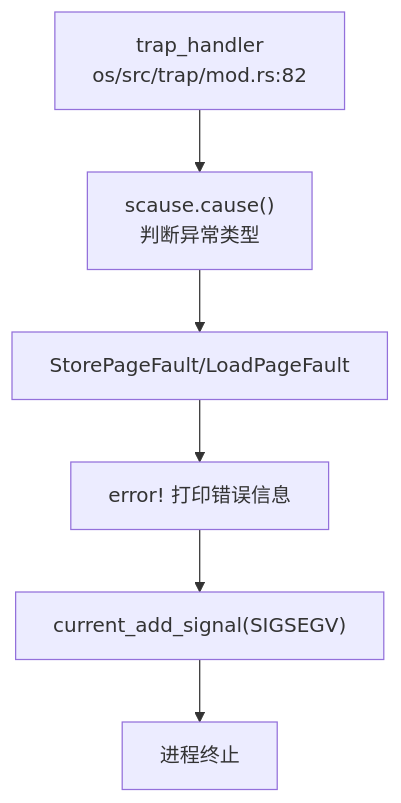
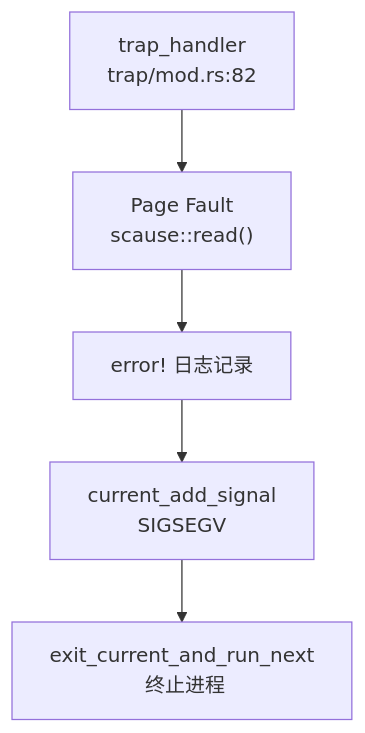
The first of 2 diagrams in output/oskernel2024-chaos/sections/03_内存管理物理虚拟分配器.md (Freefor100/OS-Agent), drawn with Mermaid before and after one commit. The commit also changed other lines of this file and 118 other files, not shown here.

````diff
--- a/output/oskernel2024-chaos/sections/03_内存管理物理虚拟分配器.md
+++ b/output/oskernel2024-chaos/sections/03_内存管理物理虚拟分配器.md
@@ -344,10 +203,11 @@
 ```mermaid
 graph TD
-  A["trap_handler
-  os/src/trap/mod.rs:82"] --> B["scause.cause()
-  判断异常类型"]
-  B --> C["StorePageFault/LoadPageFault"]
-  C --> D["error! 打印错误信息"]
-  D --> E["current_add_signal(SIGSEGV)"]
-  E --> F["进程终止"]
+    A["trap_handler
+ trap/mod.rs:82"] --> B["Page Fault
+ scause::read()"]
+    B --> C["error! 日志记录"]
+    C --> D["current_add_signal
+ SIGSEGV"]
+    D --> E["exit_current_and_run_next
+ 终止进程"]
 ```
````
